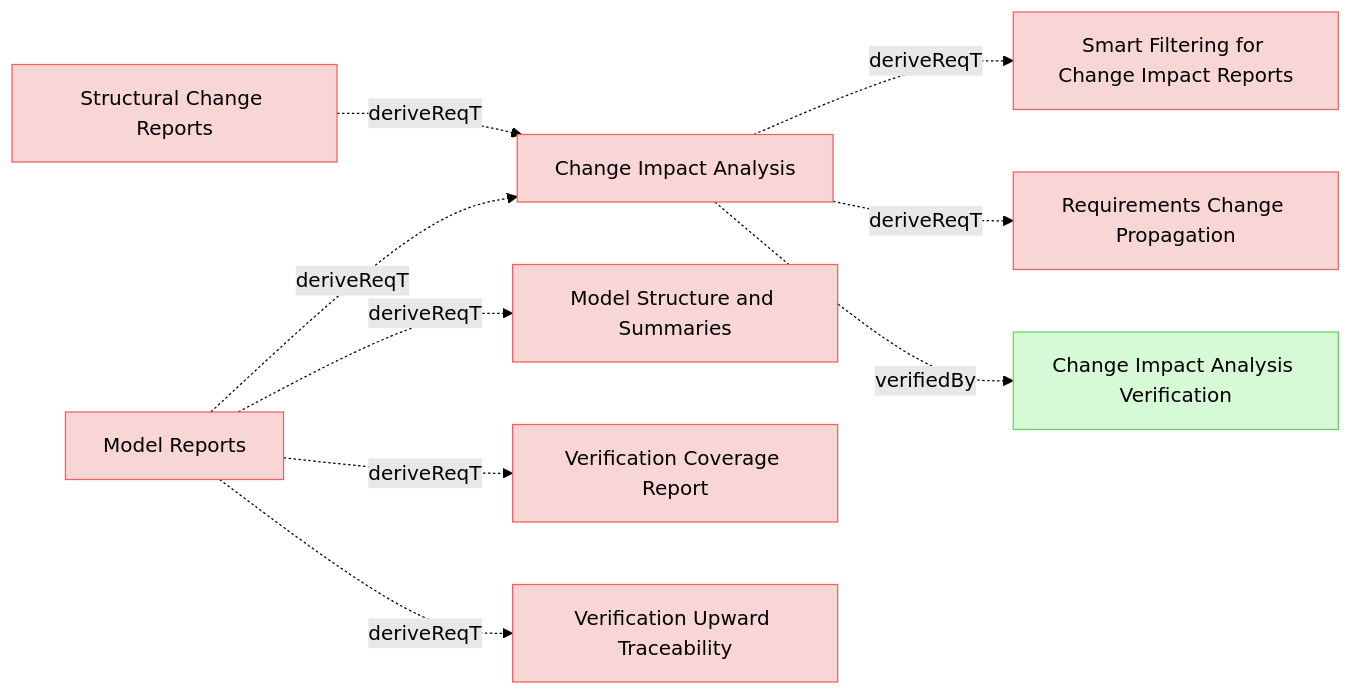
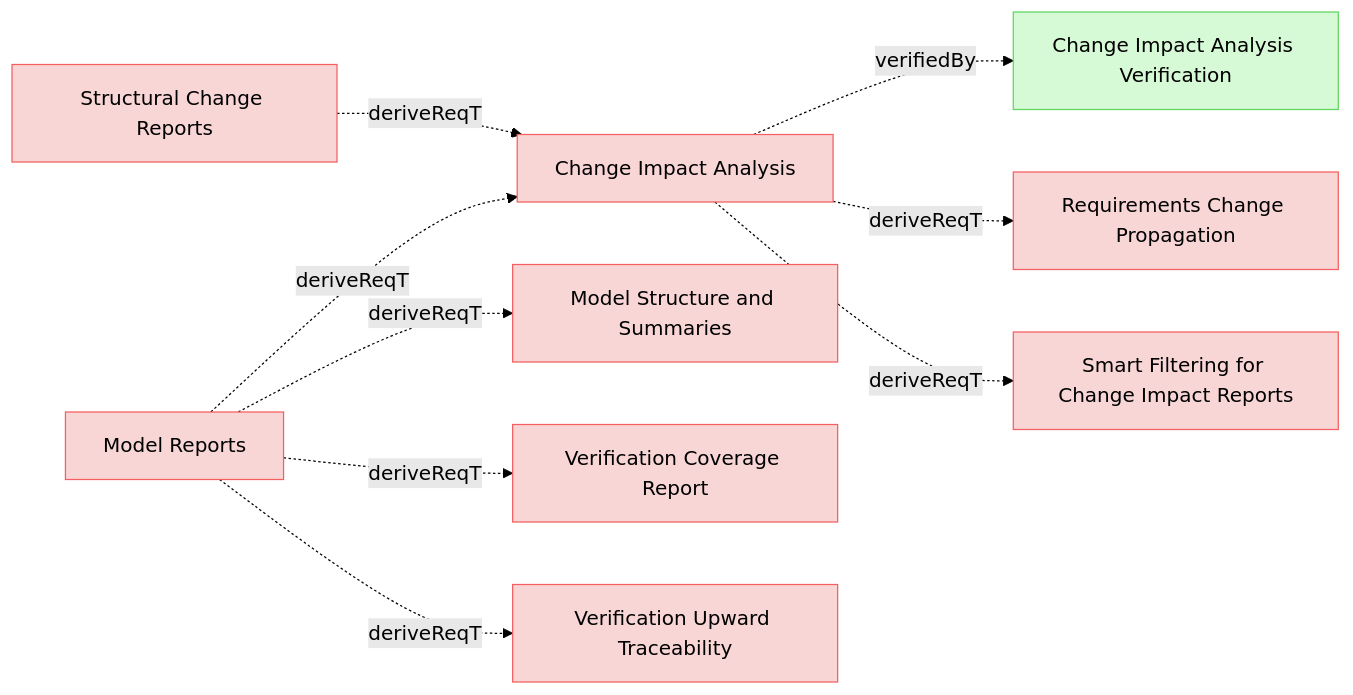
The eighth of 9 diagrams in specifications/UserRequirements.md (reqvire-org/reqvire), drawn with Mermaid (forest theme) before and after one commit. The commit also changed other lines of this file and 34 other files, not shown here.

````diff
--- a/specifications/UserRequirements.md
+++ b/specifications/UserRequirements.md
@@ -981,45 +981,45 @@
 ```mermaid
 graph LR;
   %% REQVIRE-AUTOGENERATED-DIAGRAM
   %% Graph styling
   classDef requirement fill:#f9d6d6,stroke:#f55f5f,stroke-width:1px;
   classDef verification fill:#d6f9d6,stroke:#5fd75f,stroke-width:1px;
   classDef externalLink fill:#d0e0ff,stroke:#3080ff,stroke-width:1px;
   classDef default fill:#f5f5f5,stroke:#333333,stroke-width:1px;
 
   9933cac5853a8584["Change Impact Analysis"];
   class 9933cac5853a8584 requirement;
   click 9933cac5853a8584 "UserRequirements.md#change-impact-analysis";
+  b72d56e7e360fe6c["Change Impact Analysis Verification"];
+  class b72d56e7e360fe6c verification;
+  click b72d56e7e360fe6c "Verifications/ChangeImpactTests.md#change-impact-analysis-verification";
+  9933cac5853a8584 -.->|verifiedBy| b72d56e7e360fe6c;
+  2054606d7574a553["Requirements Change Propagation"];
+  class 2054606d7574a553 requirement;
+  click 2054606d7574a553 "SpecificationsRequirements.md#requirements-change-propagation";
+  9933cac5853a8584 -.->|deriveReqT| 2054606d7574a553;
   ced028f36159c967["Smart Filtering for Change Impact Reports"];
   class ced028f36159c967 requirement;
   click ced028f36159c967 "SystemRequirements/ChangeImpactPropagation.md#smart-filtering-for-change-impact-reports";
   9933cac5853a8584 -.->|deriveReqT| ced028f36159c967;
-  2054606d7574a553["Requirements Change Propagation"];
-  class 2054606d7574a553 requirement;
-  click 2054606d7574a553 "SpecificationsRequirements.md#requirements-change-propagation";
-  9933cac5853a8584 -.->|deriveReqT| 2054606d7574a553;
-  b72d56e7e360fe6c["Change Impact Analysis Verification"];
-  class b72d56e7e360fe6c verification;
-  click b72d56e7e360fe6c "Verifications/ChangeImpactTests.md#change-impact-analysis-verification";
-  9933cac5853a8584 -.->|verifiedBy| b72d56e7e360fe6c;
   70701096d332c0b2["Model Reports"];
   class 70701096d332c0b2 requirement;
   click 70701096d332c0b2 "UserRequirements.md#model-reports";
-  70701096d332c0b2 -.->|deriveReqT| 9933cac5853a8584;
   ad6f7a2d41d80a38["Model Structure and Summaries"];
   class ad6f7a2d41d80a38 requirement;
   click ad6f7a2d41d80a38 "UserRequirements.md#model-structure-and-summaries";
   70701096d332c0b2 -.->|deriveReqT| ad6f7a2d41d80a38;
   f7a606aa79ba438["Verification Coverage Report"];
   class f7a606aa79ba438 requirement;
   click f7a606aa79ba438 "UserRequirements.md#verification-coverage-report";
   70701096d332c0b2 -.->|deriveReqT| f7a606aa79ba438;
+  70701096d332c0b2 -.->|deriveReqT| 9933cac5853a8584;
   7ceb6b9bed1a94e1["Verification Upward Traceability"];
   class 7ceb6b9bed1a94e1 requirement;
   click 7ceb6b9bed1a94e1 "UserRequirements.md#verification-upward-traceability";
   70701096d332c0b2 -.->|deriveReqT| 7ceb6b9bed1a94e1;
   1908501a80db5c46["Structural Change Reports"];
   class 1908501a80db5c46 requirement;
   click 1908501a80db5c46 "UserRequirements.md#structural-change-reports";
   1908501a80db5c46 -.->|deriveReqT| 9933cac5853a8584;
 ```
````
